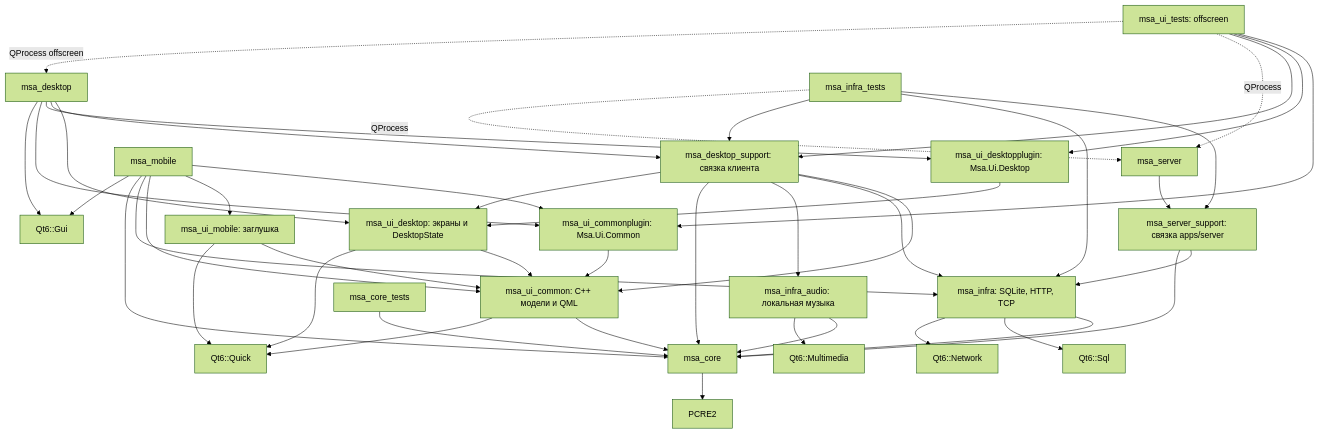
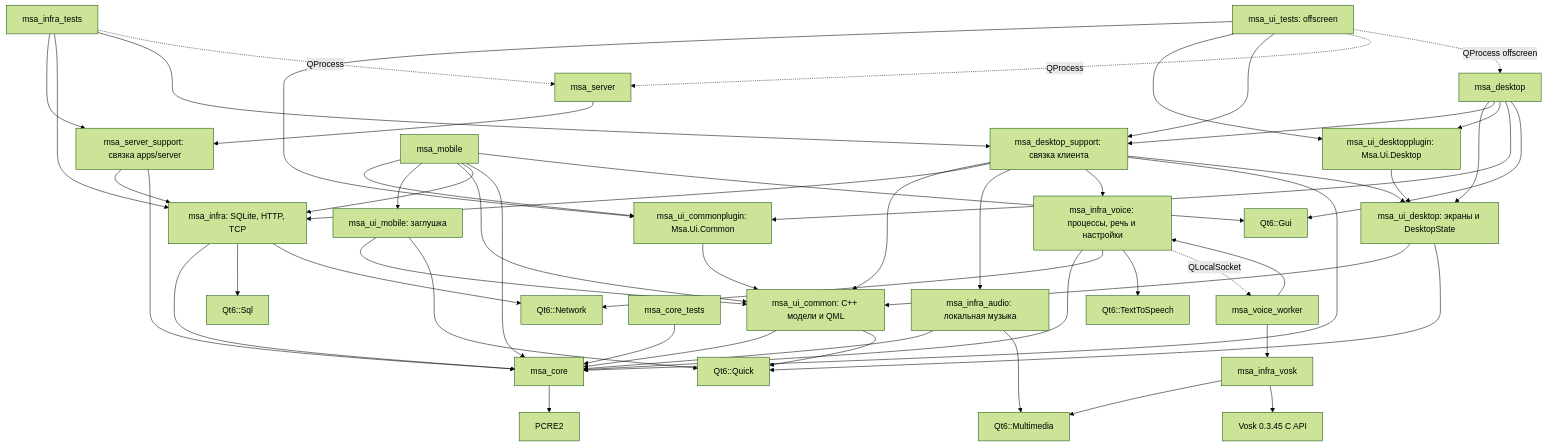
One commit to TasFoma/MySuperAssistant changed the first of 2 diagrams in docs/architecture.md. Above: the diagram before and after it, drawn with Mermaid (forest theme). The commit also changed other lines of this file and 53 other files, not shown here.

````diff
--- a/docs/architecture.md
+++ b/docs/architecture.md
@@ -80,46 +91,55 @@
 ```mermaid
 flowchart TD
     server[msa_server] --> support[msa_server_support: связка apps/server]
     support --> infra[msa_infra: SQLite, HTTP, TCP]
     support --> core[msa_core]
     desktop[msa_desktop] --> desktopUI[msa_ui_desktop: экраны и DesktopState]
     desktop --> desktopSupport[msa_desktop_support: связка клиента]
     desktop --> desktopPlugin[msa_ui_desktopplugin: Msa.Ui.Desktop]
     desktopSupport --> common[msa_ui_common: C++ модели и QML]
     desktop --> plugin[msa_ui_commonplugin: Msa.Ui.Common]
     mobile --> plugin
     plugin --> common
     desktopSupport --> infra
     desktopSupport --> audio[msa_infra_audio: локальная музыка]
+    desktopSupport --> voice[msa_infra_voice: процессы, речь и настройки]
+    voice --> core
+    voice --> network
+    voice --> speech[Qt6::TextToSpeech]
+    voice -. QLocalSocket .-> voiceWorker[msa_voice_worker]
+    voiceWorker --> voice
+    voiceWorker --> voskAdapter[msa_infra_vosk]
+    voskAdapter --> multimedia
+    voskAdapter --> vosk[Vosk 0.3.45 C API]
     audio --> core
     audio --> multimedia[Qt6::Multimedia]
     desktopSupport --> core
     desktopSupport --> desktopUI
     desktop --> gui[Qt6::Gui]
     mobile[msa_mobile] --> mobileUI[msa_ui_mobile: заглушка]
     mobile --> common
     mobile --> infra
     mobile --> core
     mobile --> gui
     desktopUI --> common
     desktopUI --> quick[Qt6::Quick]
     mobileUI --> common
     mobileUI --> quick
     common --> core
     common --> quick
     infra --> core
     infra --> sql[Qt6::Sql]
     infra --> network[Qt6::Network]
     core --> pcre[PCRE2]
     coreTests[msa_core_tests] --> core
     infraTests[msa_infra_tests] --> support
     infraTests --> infra
     infraTests --> desktopSupport
     uiTests[msa_ui_tests: offscreen] --> plugin
     uiTests --> desktopPlugin
     uiTests --> desktopSupport
     desktopPlugin --> desktopUI
     infraTests -. QProcess .-> server
     uiTests -. QProcess .-> server
     uiTests -. QProcess offscreen .-> desktop
 ```
````
